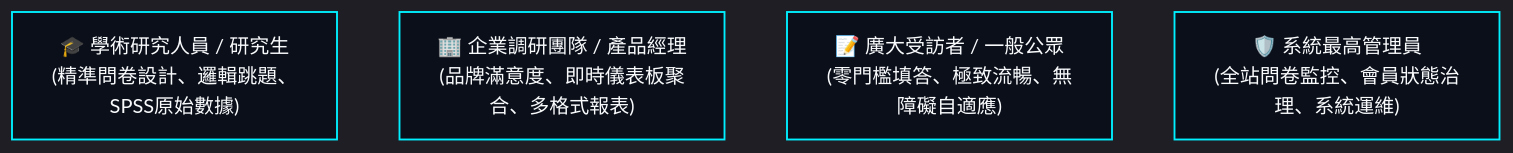
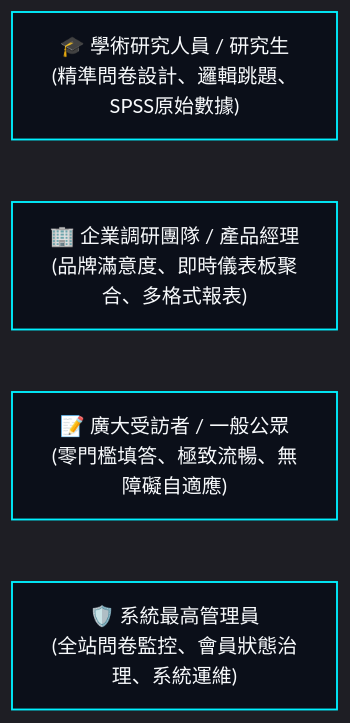
The first of 3 diagrams in docs/development-plan.md (EricXJason/survey-flow), drawn with Mermaid before and after one commit. The commit also changed other lines of this file and 10 other files, not shown here.

Commit message:
chore(release): unify sci-fi hud mermaid diagrams across all docs

````diff
--- a/docs/development-plan.md
+++ b/docs/development-plan.md
@@ -30,10 +30,10 @@
 ```mermaid
-%%{init: {'theme': 'dark', 'themeVariables': { 'darkMode': true, 'background': '#030712', 'primaryColor': '#0b0f19', 'primaryTextColor': '#f8fafc', 'primaryBorderColor': '#00f0ff', 'lineColor': '#00f0ff', 'fontFamily': 'system-ui, sans-serif' }}}%%
-flowchart TD
-    classDef roleCard fill:#0b0f19,stroke:#00f0ff,stroke-width:1.5px,color:#f8fafc;
+%%{init: {'theme': 'dark', 'themeVariables': { 'darkMode': true, 'background': '#030712', 'primaryColor': '#0b0f19', 'primaryTextColor': '#f8fafc', 'primaryBorderColor': '#00f0ff', 'lineColor': '#00f0ff', 'textColor': '#f8fafc', 'edgeLabelBackground': 'transparent' }, 'themeCSS': '.edgeLabel, .edgeLabel rect, .edgeLabel span, .labelBkg { background: transparent !important; background-color: transparent !important; fill: transparent !important; border: none !important; } .edgeLabel, .edgeLabel span { color: #ffffff !important; fill: #ffffff !important; font-weight: 500 !important; } rect, .node rect, polygon { rx: 0px !important; ry: 0px !important; }', 'flowchart': { 'curve': 'linear' } }}%%
+flowchart LR
+    classDef roleCard fill:#0b0f19,stroke:#00f0ff,stroke-width:1.5px,color:#f8fafc,rx:0px,ry:0px;
 
     P1["🎓 學術研究人員 / 研究生<br/>(精準問卷設計、邏輯跳題、SPSS原始數據)"]:::roleCard
     P2["🏢 企業調研團隊 / 產品經理<br/>(品牌滿意度、即時儀表板聚合、多格式報表)"]:::roleCard
     P3["📝 廣大受訪者 / 一般公眾<br/>(零門檻填答、極致流暢、無障礙自適應)"]:::roleCard
     P4["🛡️ 系統最高管理員<br/>(全站問卷監控、會員狀態治理、系統運維)"]:::roleCard
 ```
````
